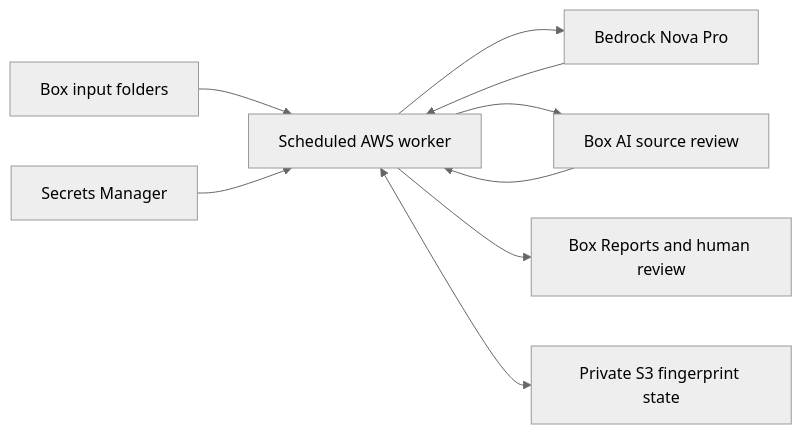
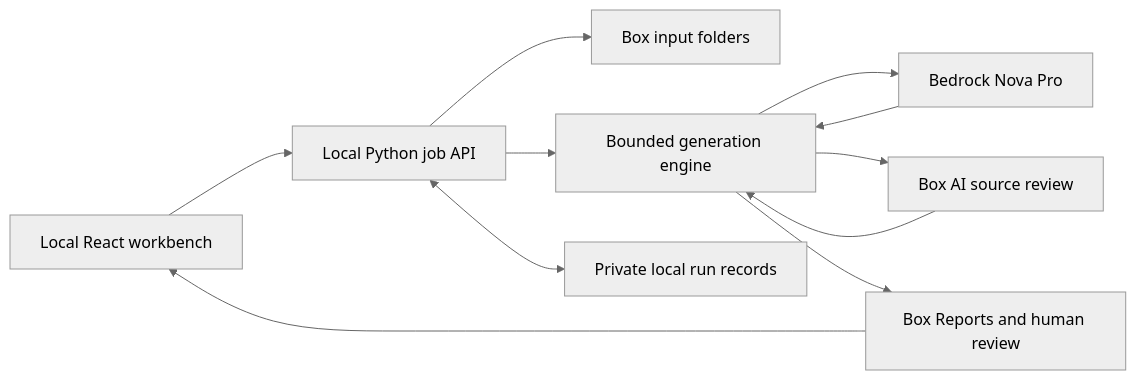
Before and after one commit to younglilbird/arsia-box-aws-hackathon-2026: the diagram in docs/architecture.md, drawn with Mermaid (neutral theme). The commit also changed other lines of this file and 50 other files, not shown here.

````diff
--- a/docs/architecture.md
+++ b/docs/architecture.md
@@ -8,11 +10,13 @@
 ```mermaid
 flowchart LR
-    B[Box input folders] --> W[Scheduled AWS worker]
+    U[Local React workbench] --> L[Local Python job API]
+    L --> B[Box input folders]
+    L --> W[Bounded generation engine]
     W --> M[Bedrock Nova Pro]
     W --> A[Box AI source review]
     M --> W
     A --> W
     W --> R[Box Reports and human review]
-    S[Secrets Manager] --> W
-    W <--> T[Private S3 fingerprint state]
+    R --> U
+    L <--> T[Private local run records]
 ```
````
